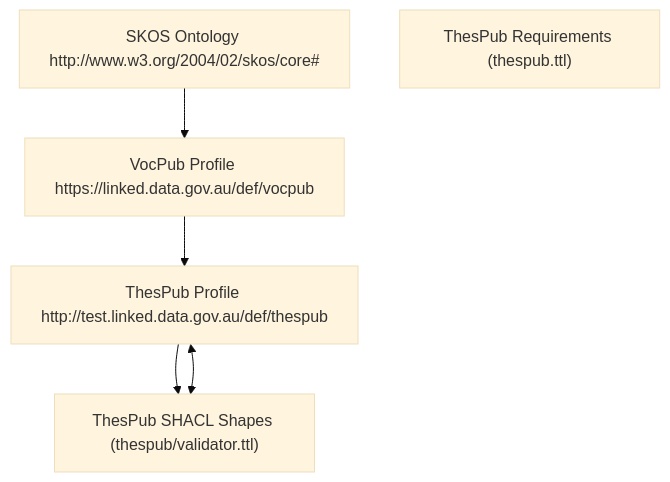
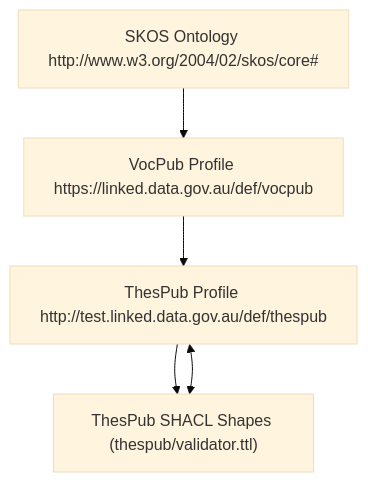
One commit to leskneebone/thespub changed the diagram in README.md. Above: the diagram before and after it, drawn with Mermaid (base theme).

````diff
--- a/README.md
+++ b/README.md
@@ -20,17 +20,15 @@
 ```mermaid
 graph TD
 
 SKOS["SKOS Ontology http://www.w3.org/2004/02/skos/core#"]
 VOC["VocPub Profile https://linked.data.gov.au/def/vocpub"]
 THES["ThesPub Profile http://test.linked.data.gov.au/def/thespub"]
-
-REQ["ThesPub Requirements (thespub.ttl)"]
 SHACL["ThesPub SHACL Shapes (thespub/validator.ttl)"]
 
 SKOS --> VOC
 VOC --> THES
 
 THES --> SHACL
 
 THES <--> SHACL
 ```
````
